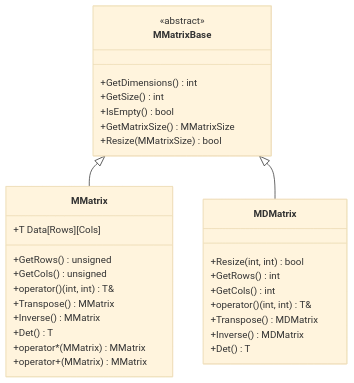
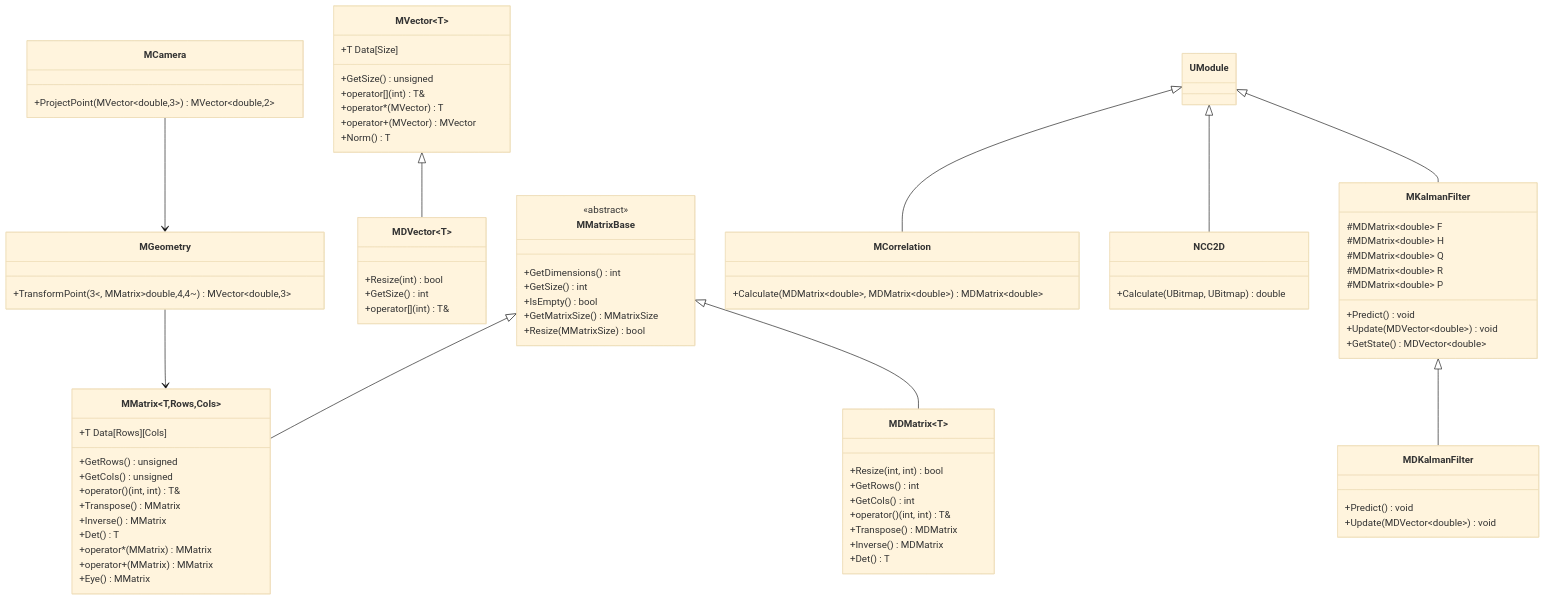
Before and after one commit to aicommunity/Rdk: the first of 4 diagrams in Docs/Math-Libraries-Reference.md, drawn with Mermaid (base theme). The commit also changed other lines of this file and 19 other files, not shown here.

````diff
--- a/Docs/Math-Libraries-Reference.md
+++ b/Docs/Math-Libraries-Reference.md
@@ -25,7 +19,7 @@
         +Resize(MMatrixSize) bool
     }
     
-    class MMatrix {
+    class MMatrix~T,Rows,Cols~ {
         +T Data[Rows][Cols]
         +GetRows() unsigned
         +GetCols() unsigned
@@ -35,9 +29,10 @@
         +Det() T
         +operator*(MMatrix) MMatrix
         +operator+(MMatrix) MMatrix
+        +Eye() MMatrix
     }
     
-    class MDMatrix {
+    class MDMatrix~T~ {
         +Resize(int, int) bool
         +GetRows() int
         +GetCols() int
@@ -47,6 +42,60 @@
         +Det() T
     }
     
+    class MVector~T~ {
+        +T Data[Size]
+        +GetSize() unsigned
+        +operator[](int) T&
+        +operator*(MVector) T
+        +operator+(MVector) MVector
+        +Norm() T
+    }
+    
+    class MDVector~T~ {
+        +Resize(int) bool
+        +GetSize() int
+        +operator[](int) T&
+    }
+    
+    class MKalmanFilter {
+        #MDMatrix~double~ F
+        #MDMatrix~double~ H
+        #MDMatrix~double~ Q
+        #MDMatrix~double~ R
+        #MDMatrix~double~ P
+        +Predict() void
+        +Update(MDVector~double~) void
+        +GetState() MDVector~double~
+    }
+    
+    class MDKalmanFilter {
+        +Predict() void
+        +Update(MDVector~double~) void
+    }
+    
+    class MCorrelation {
+        +Calculate(MDMatrix~double~, MDMatrix~double~) MDMatrix~double~
+    }
+    
+    class NCC2D {
+        +Calculate(UBitmap, UBitmap) double
+    }
+    
+    class MGeometry {
+        +TransformPoint(MVector~double,3~, MMatrix~double,4,4~) MVector~double,3~
+    }
+    
+    class MCamera {
+        +ProjectPoint(MVector~double,3~) MVector~double,2~
+    }
+    
     MMatrixBase <|-- MMatrix
     MMatrixBase <|-- MDMatrix
+    MVector <|-- MDVector
+    UModule <|-- MKalmanFilter
+    MKalmanFilter <|-- MDKalmanFilter
+    UModule <|-- MCorrelation
+    UModule <|-- NCC2D
+    MGeometry --> MMatrix
+    MCamera --> MGeometry
 ```
````
